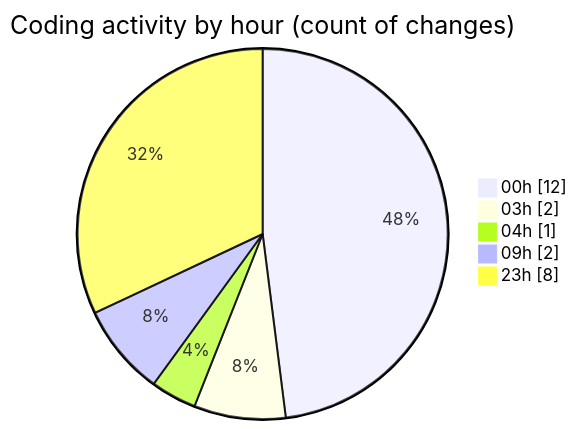
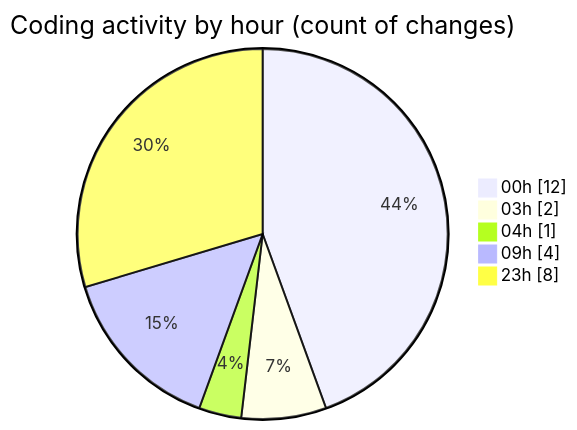
Before and after one commit to julien-gomy/code-tracking: the second of 2 diagrams in 2025-11-18/cdp_aleoudev_fr__workspace_/README.md, drawn with Mermaid. The commit also changed other lines of this file and 1 other file, not shown here.

````diff
--- a/2025-11-18/cdp_aleoudev_fr__workspace_/README.md
+++ b/2025-11-18/cdp_aleoudev_fr__workspace_/README.md
@@ -35,9 +36,9 @@
 ```mermaid
 pie showData
 title Coding activity by hour (count of changes)
 "00h" : 12
 "03h" : 2
 "04h" : 1
-"09h" : 2
+"09h" : 4
 "23h" : 8
 ```
````
